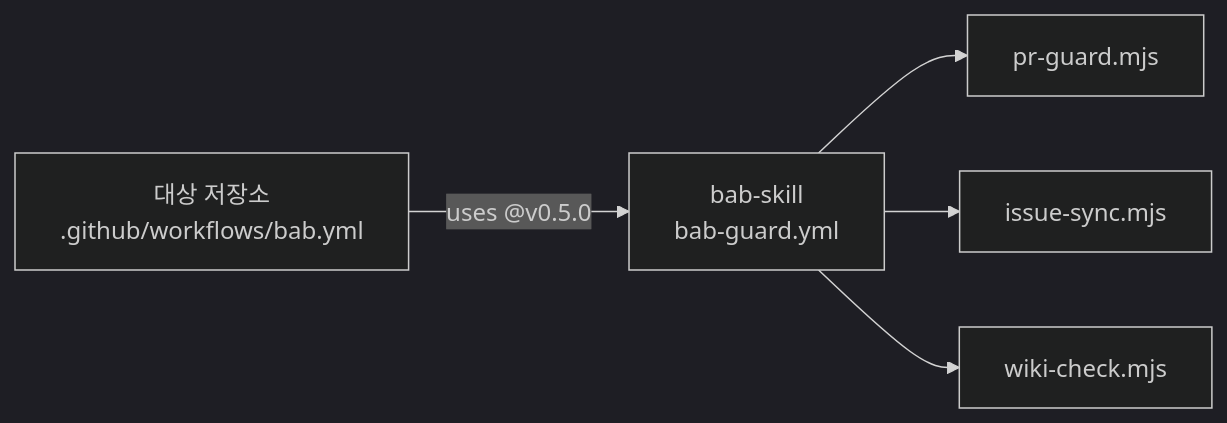
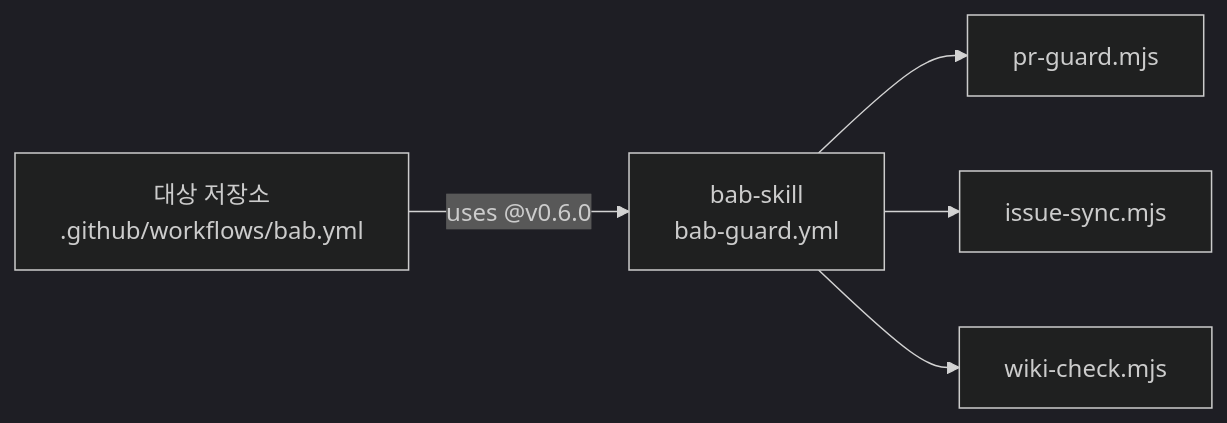
Before and after one commit to freevue/bab-skill: the second of 4 diagrams in README.md, drawn with Mermaid (dark theme). The commit also changed other lines of this file and 14 other files, not shown here.

````diff
--- a/README.md
+++ b/README.md
@@ -461,7 +497,7 @@
 ```mermaid
 flowchart LR
-  A[대상 저장소<br/>.github/workflows/bab.yml] -->|uses @v0.5.0| B[bab-skill<br/>bab-guard.yml]
+  A[대상 저장소<br/>.github/workflows/bab.yml] -->|uses @v0.6.0| B[bab-skill<br/>bab-guard.yml]
   B --> C[pr-guard.mjs]
   B --> D[issue-sync.mjs]
   B --> E[wiki-check.mjs]
 ```
````
